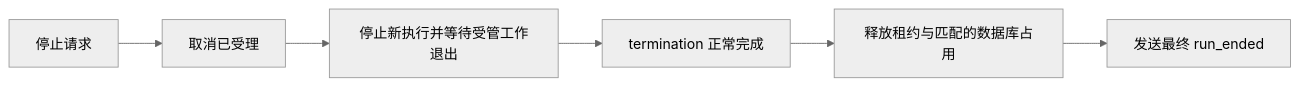
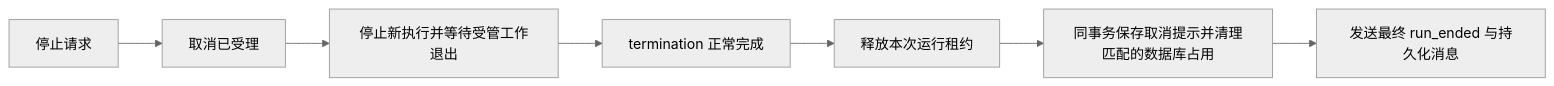
Before and after one commit to nauyiq/fons4ai-trip: the second of 2 diagrams in docs/wiki/conversation.md, drawn with Mermaid (neutral theme). The commit also changed other lines of this file and 34 other files, not shown here.

````diff
--- a/docs/wiki/conversation.md
+++ b/docs/wiki/conversation.md
@@ -50,8 +52,9 @@
 ```mermaid
 flowchart LR
     Request[停止请求] --> Accept[取消已受理]
     Accept --> Drain[停止新执行并等待受管工作退出]
     Drain --> Term[termination 正常完成]
-    Term --> Release[释放租约与匹配的数据库占用]
-    Release --> End[发送最终 run_ended]
+    Term --> Release[释放本次运行租约]
+    Release --> Persist[同事务保存取消提示并清理匹配的数据库占用]
+    Persist --> End[发送最终 run_ended 与持久化消息]
 ```
````
